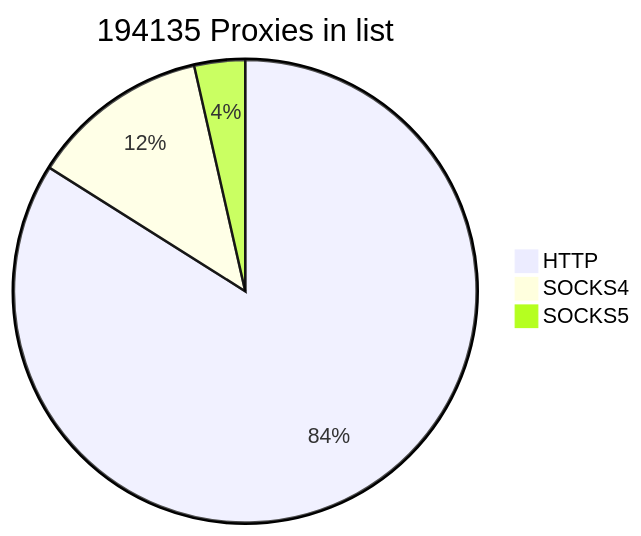
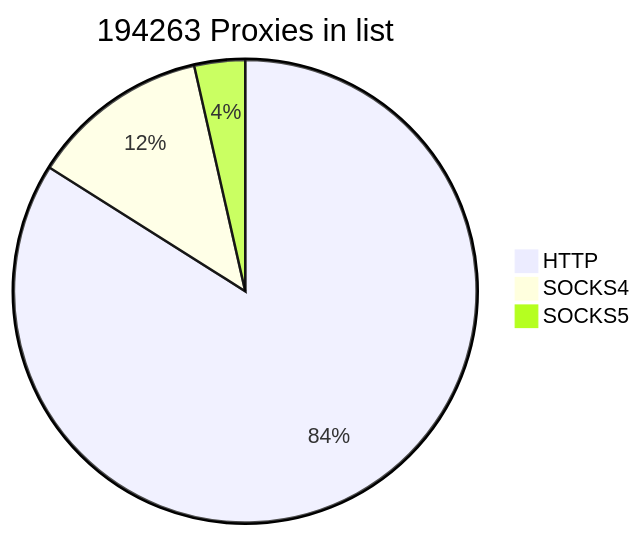
Before and after one commit to cutipu/proxylist: the first of 2 diagrams in README.md, drawn with Mermaid. The commit also changed other lines of this file, not shown here.

````diff
--- a/README.md
+++ b/README.md
@@ -2,7 +2,7 @@
 ```mermaid
-pie title 194135 Proxies in list
-    "HTTP" : 162995
-    "SOCKS4" : 24253
+pie title 194263 Proxies in list
+    "HTTP" : 163124
+    "SOCKS4" : 24252
     "SOCKS5" : 6887
             
 ```
````
